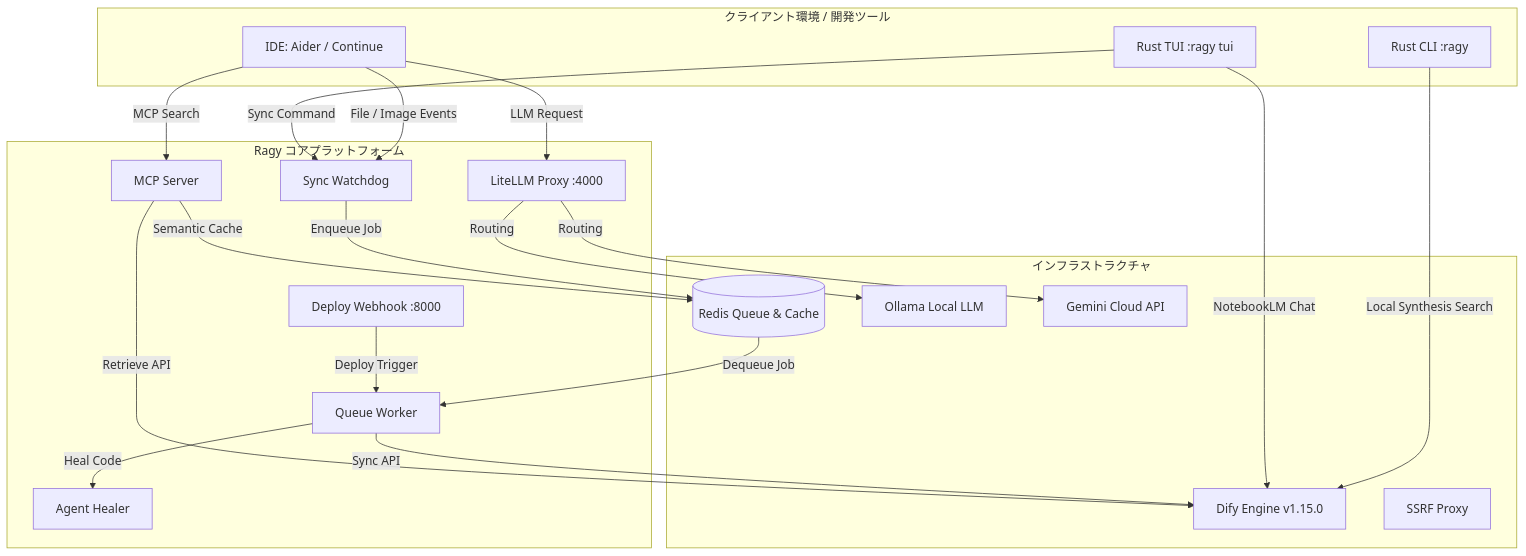
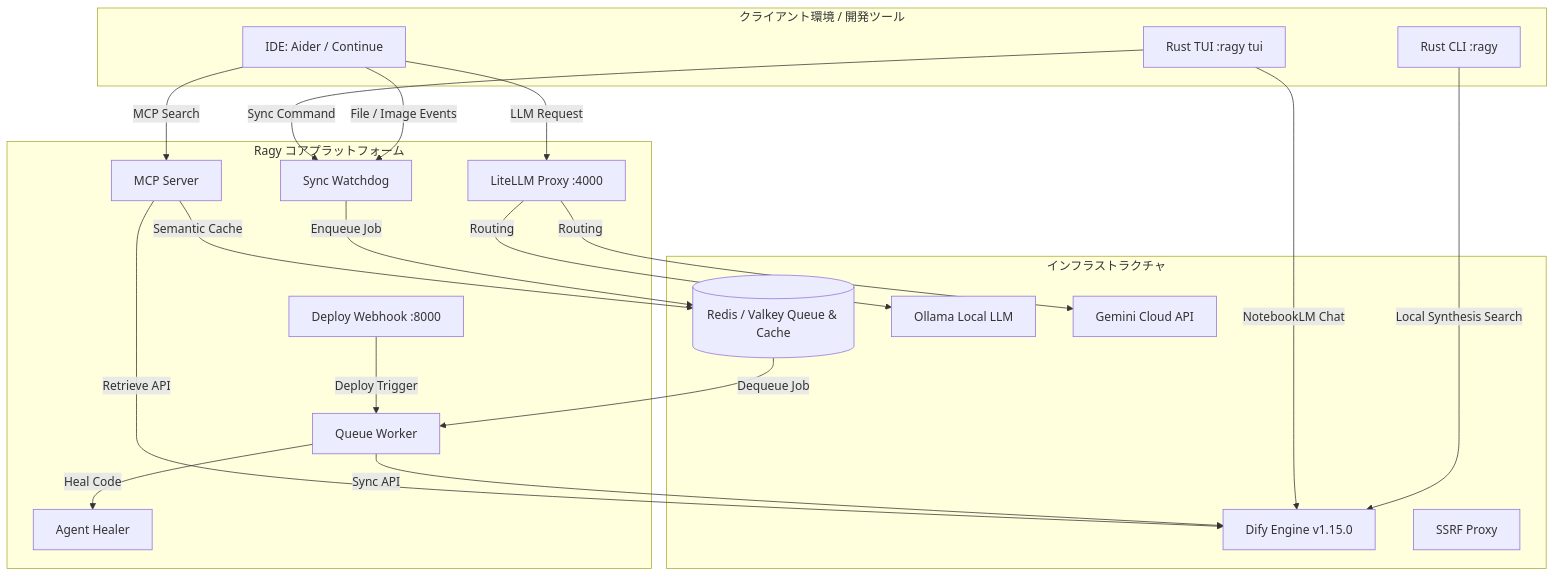
One commit to Morishita-mm/My-RAG-Agent-System changed the diagram in README.md. Above: the diagram before and after it, drawn with Mermaid. The commit also changed other lines of this file, not shown here.

````diff
--- a/README.md
+++ b/README.md
@@ -18,49 +18,49 @@
 ```mermaid
 graph TD
     subgraph ClientEnvironments [クライアント環境 / 開発ツール]
         IDE[IDE: Aider / Continue]
         CLI[Rust CLI :ragy]
         TUI[Rust TUI :ragy tui]
     end
 
     subgraph RagyCoreSystem [Ragy コアプラットフォーム]
         LiteLLM[LiteLLM Proxy :4000]
         Watchdog[Sync Watchdog]
         Worker[Queue Worker]
         MCP[MCP Server]
         Webhook[Deploy Webhook :8000]
         Healer[Agent Healer]
     end
 
     subgraph CoreInfrastructure [インフラストラクチャ]
-        Redis[(Redis Queue & Cache)]
+        Redis[(Redis / Valkey Queue & Cache)]
         Dify[Dify Engine v1.15.0]
         Ollama[Ollama Local LLM]
         Gemini[Gemini Cloud API]
         SSRF[SSRF Proxy]
     end
 
     %% API Requests & Routing
     IDE -->|LLM Request| LiteLLM
     LiteLLM -->|Routing| Gemini
     LiteLLM -->|Routing| Ollama
 
     %% File Synchronization Pipeline
     IDE -->|File / Image Events| Watchdog
     TUI -->|Sync Command| Watchdog
     Watchdog -->|Enqueue Job| Redis
     
     Redis -->|Dequeue Job| Worker
     Worker -->|Sync API| Dify
     Worker -->|Heal Code| Healer
 
     %% Retrieving & Caching
     CLI -->|Local Synthesis Search| Dify
     TUI -->|NotebookLM Chat| Dify
     IDE -->|MCP Search| MCP
     MCP -->|Retrieve API| Dify
     MCP -->|Semantic Cache| Redis
     
     %% Deployment & Logs
     Webhook -->|Deploy Trigger| Worker
 ```
````
